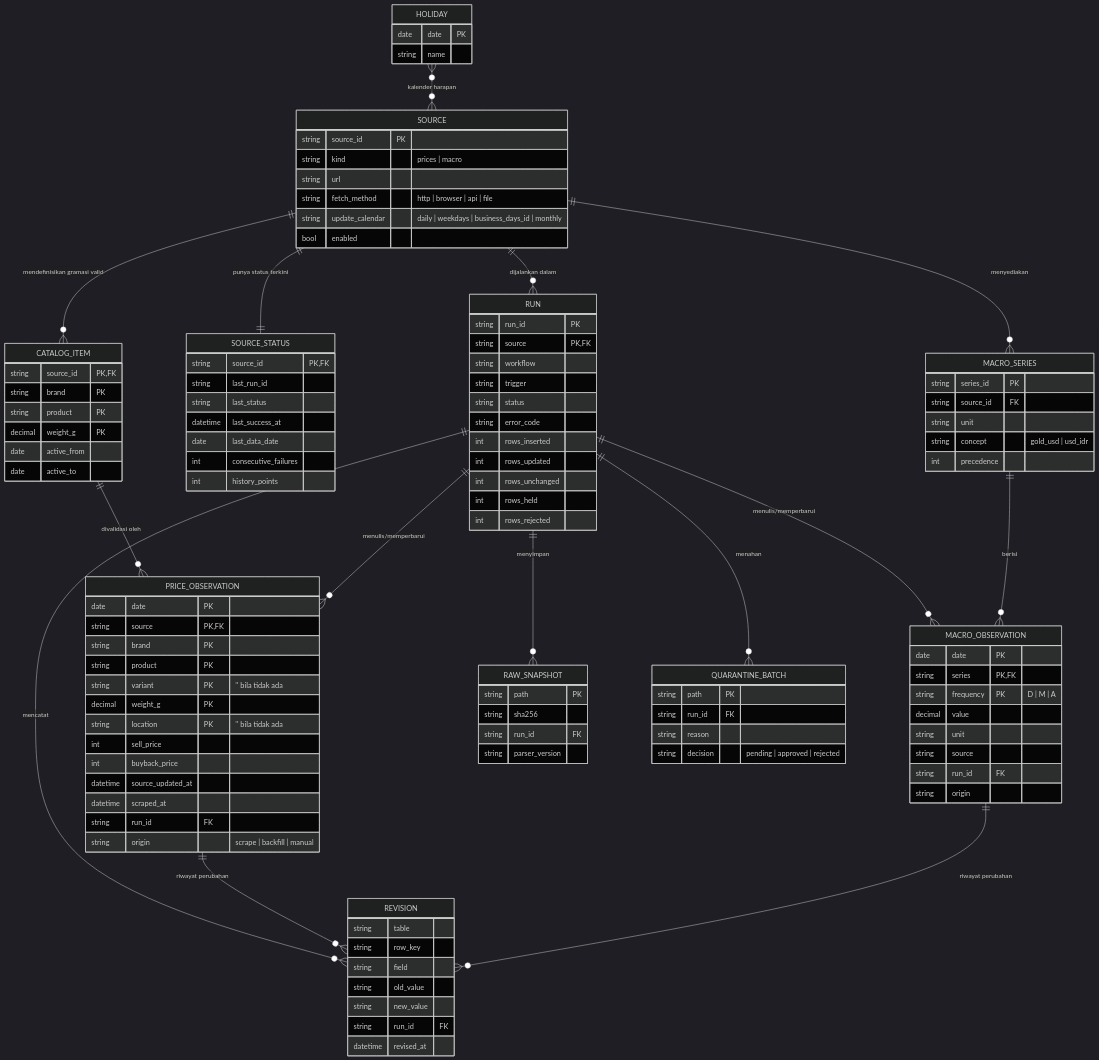
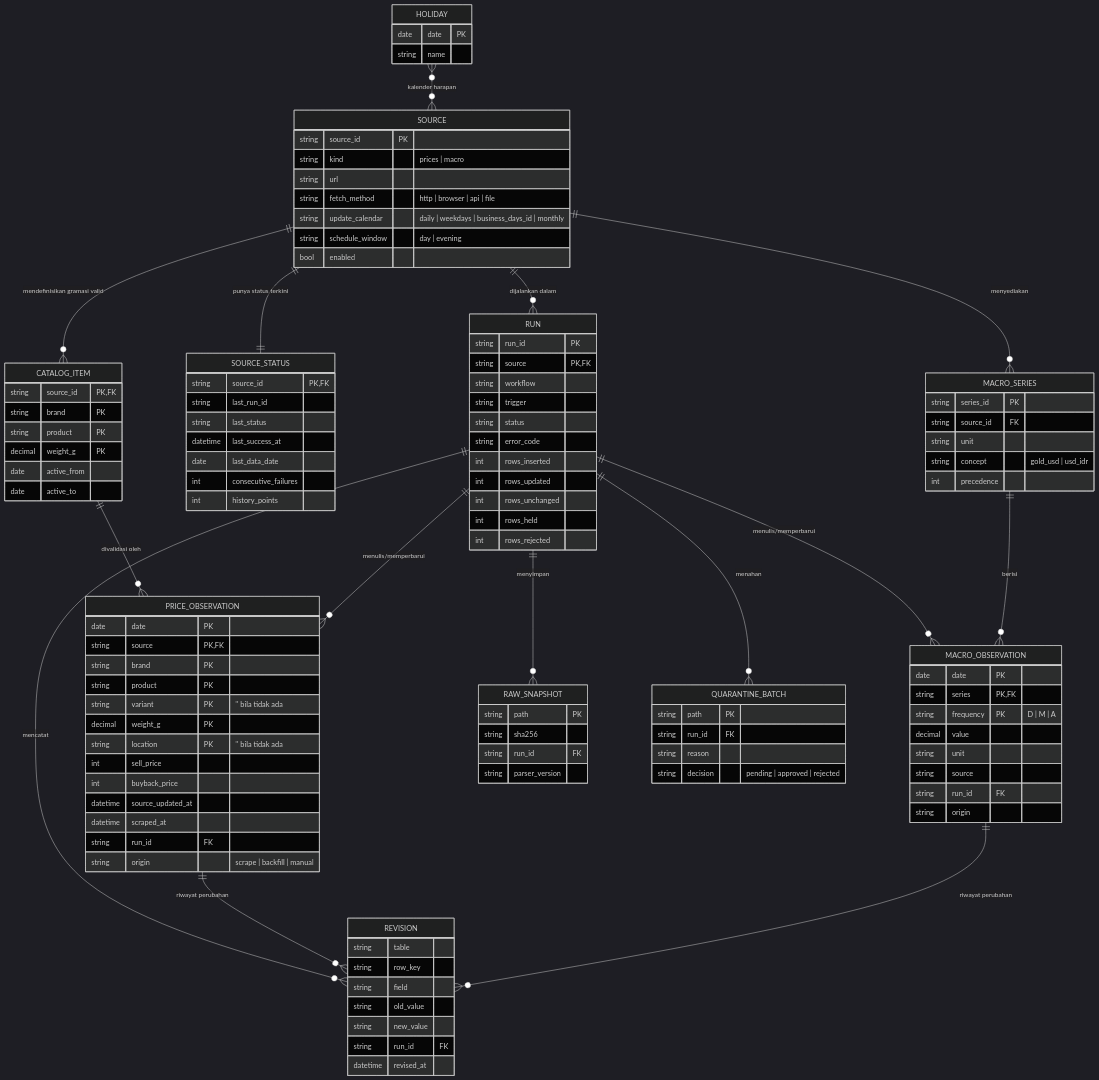
Before and after one commit to hafidznrg/gold-price-tracker: the diagram in plan/DATA-MODEL.md, drawn with Mermaid (dark theme). The commit also changed other lines of this file and 12 other files, not shown here.

```diff
--- a/plan/DATA-MODEL.md
+++ b/plan/DATA-MODEL.md
@@ -59,6 +59,7 @@
     string url
     string fetch_method "http | browser | api | file"
     string update_calendar "daily | weekdays | business_days_id | monthly"
+    string schedule_window "day | evening"
     bool enabled
   }
   CATALOG_ITEM {
```
